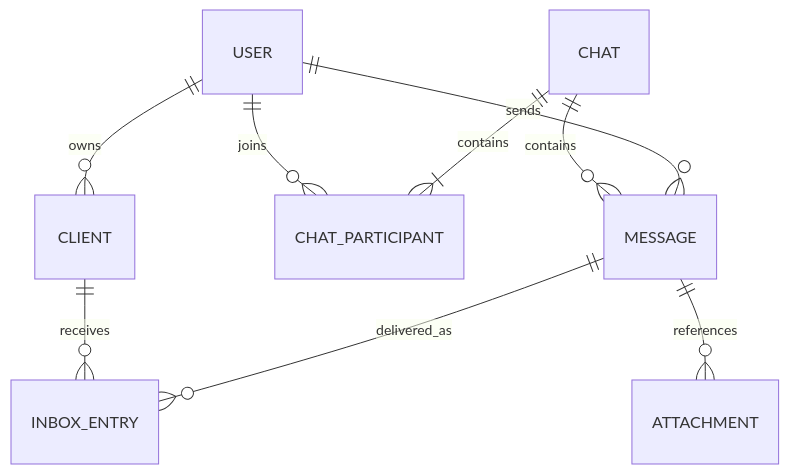
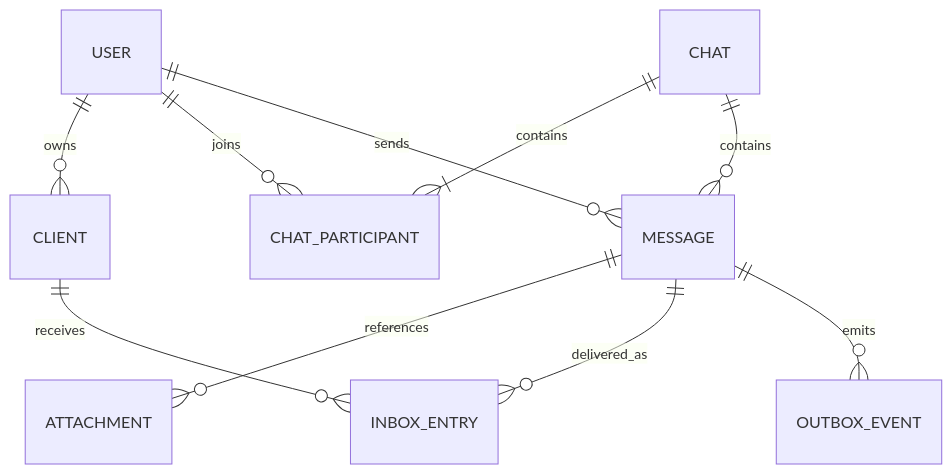
One commit to ying8020/SD changed the first of 6 diagrams in whatsapp_system_design.md. Above: the diagram before and after it, drawn with Mermaid. The commit also changed other lines of this file, not shown here.

````diff
--- a/whatsapp_system_design.md
+++ b/whatsapp_system_design.md
@@ -97,11 +96,12 @@
 ```mermaid
 erDiagram
     USER ||--o{ CLIENT : owns
     USER ||--o{ CHAT_PARTICIPANT : joins
     CHAT ||--|{ CHAT_PARTICIPANT : contains
     CHAT ||--o{ MESSAGE : contains
     USER ||--o{ MESSAGE : sends
     MESSAGE ||--o{ ATTACHMENT : references
+    MESSAGE ||--o{ INBOX_ENTRY : delivered_as
     CLIENT ||--o{ INBOX_ENTRY : receives
-    MESSAGE ||--o{ INBOX_ENTRY : delivered_as
+    MESSAGE ||--o{ OUTBOX_EVENT : emits
 ```
````
